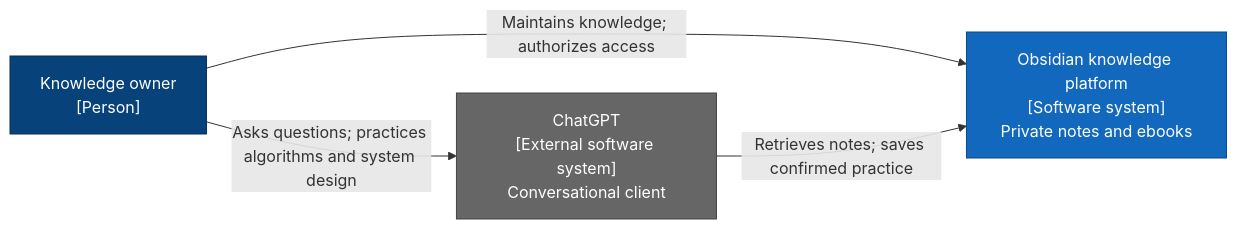
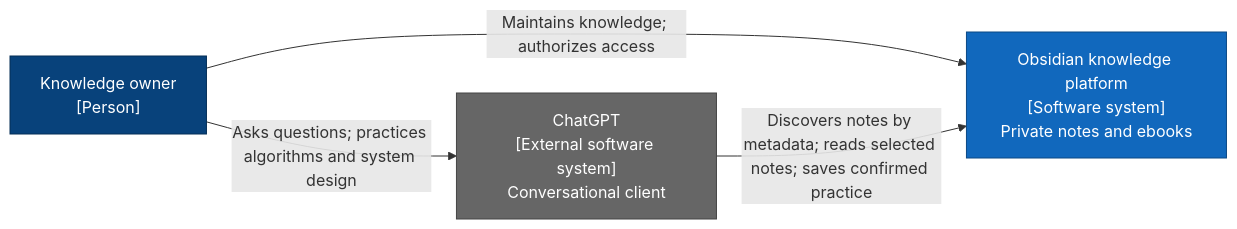
One commit to yepengfan/obsidian-workflow-infra changed the first of 2 diagrams in README.md. Above: the diagram before and after it, drawn with Mermaid. The commit also changed other lines of this file, not shown here.

Commit message:
docs: align architecture views with metadata search

````diff
--- a/README.md
+++ b/README.md
@@ -18,17 +18,17 @@
 ```mermaid
 flowchart LR
     Owner["Knowledge owner<br/>[Person]"]
     ChatGPT["ChatGPT<br/>[External software system]<br/>Conversational client"]
     Platform["Obsidian knowledge platform<br/>[Software system]<br/>Private notes and ebooks"]
 
     Owner -->|"Asks questions; practices algorithms and system design"| ChatGPT
     Owner -->|"Maintains knowledge; authorizes access"| Platform
-    ChatGPT -->|"Retrieves notes; saves confirmed practice"| Platform
+    ChatGPT -->|"Discovers notes by metadata; reads selected notes; saves confirmed practice"| Platform
 
     classDef person fill:#08427b,color:#fff,stroke:#052e56
     classDef external fill:#666,color:#fff,stroke:#444
     classDef system fill:#1168bd,color:#fff,stroke:#0b4884
     class Owner person
     class ChatGPT external
     class Platform system
 ```
````
